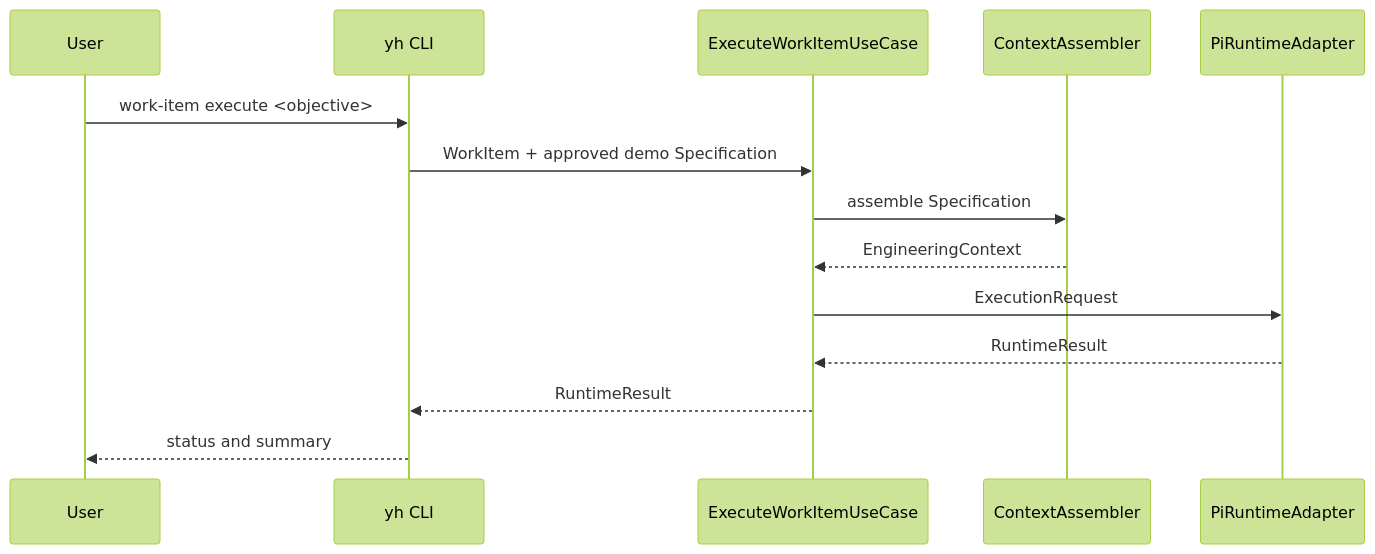
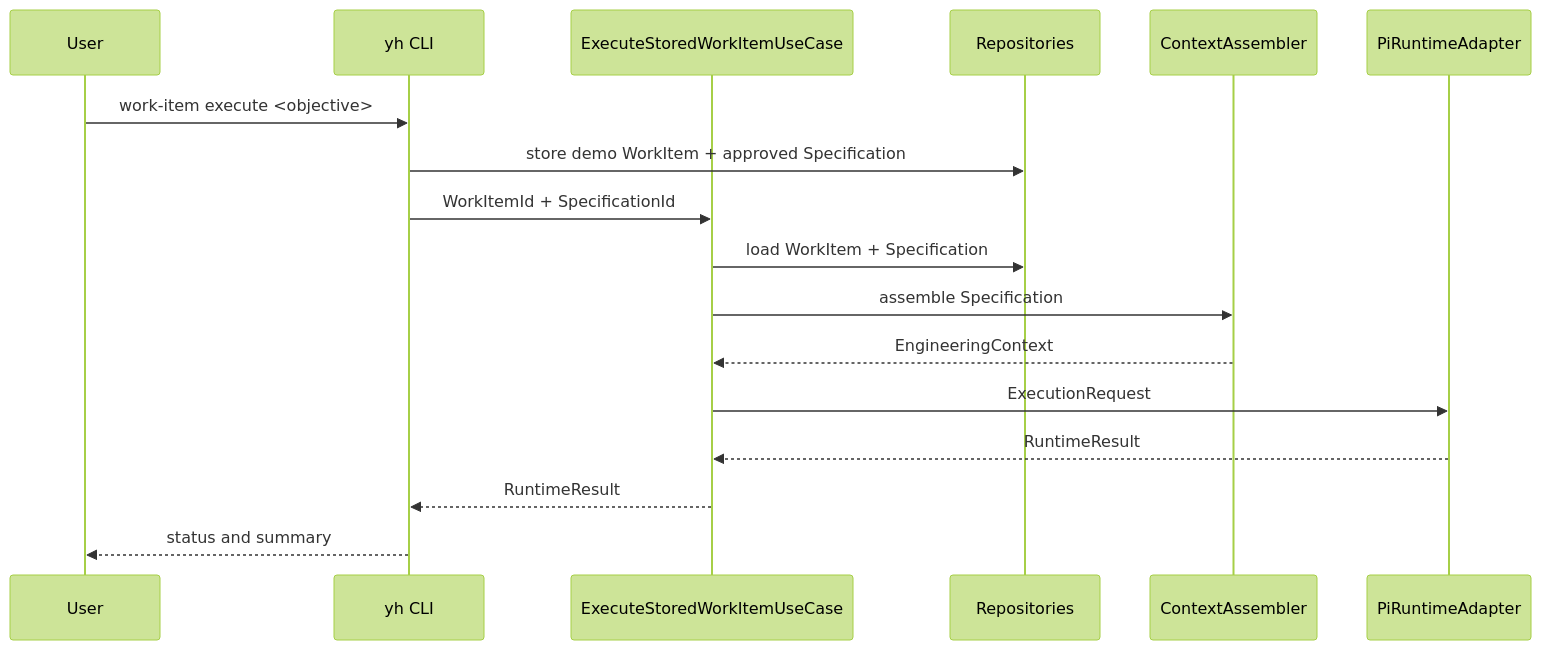
The diagram in docs/02-architecture/Execution-Flow.md (lucasjaviluna/your-harness-v2), drawn with Mermaid (forest theme) before and after one commit. The commit also changed other lines of this file and 7 other files, not shown here.

````diff
--- a/docs/02-architecture/Execution-Flow.md
+++ b/docs/02-architecture/Execution-Flow.md
@@ -5,16 +5,19 @@
 ```mermaid
 sequenceDiagram
   participant U as User
   participant C as yh CLI
-  participant A as ExecuteWorkItemUseCase
+  participant A as ExecuteStoredWorkItemUseCase
+  participant R as Repositories
   participant X as ContextAssembler
   participant P as PiRuntimeAdapter
   U->>C: work-item execute <objective>
-  C->>A: WorkItem + approved demo Specification
+  C->>R: store demo WorkItem + approved Specification
+  C->>A: WorkItemId + SpecificationId
+  A->>R: load WorkItem + Specification
   A->>X: assemble Specification
   X-->>A: EngineeringContext
   A->>P: ExecutionRequest
   P-->>A: RuntimeResult
   A-->>C: RuntimeResult
   C-->>U: status and summary
 ```
````
